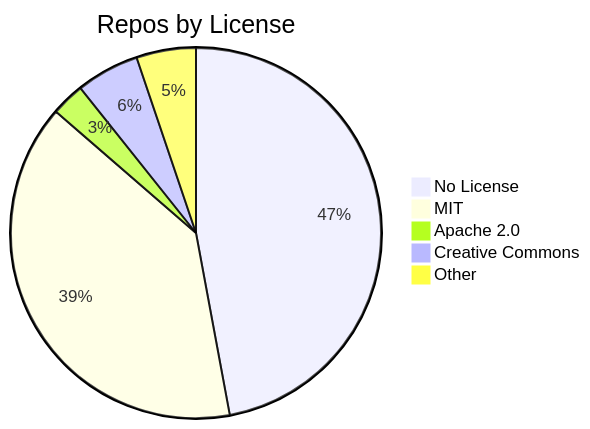
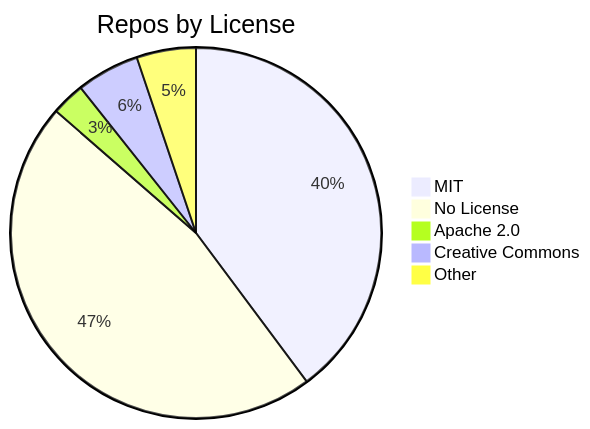
One commit to jpatterson933/awesome-mcp-server-repo-index changed the diagram in README.md. Above: the diagram before and after it, drawn with Mermaid. The commit also changed other lines of this file and 3 other files, not shown here.

````diff
--- a/README.md
+++ b/README.md
@@ -29,8 +29,8 @@
 ```mermaid
 pie title Repos by License
-    "No License" : 145
-    "MIT" : 121
+    "MIT" : 123
+    "No License" : 144
     "Apache 2.0" : 9
     "Creative Commons" : 17
     "Other" : 16
 ```
````
